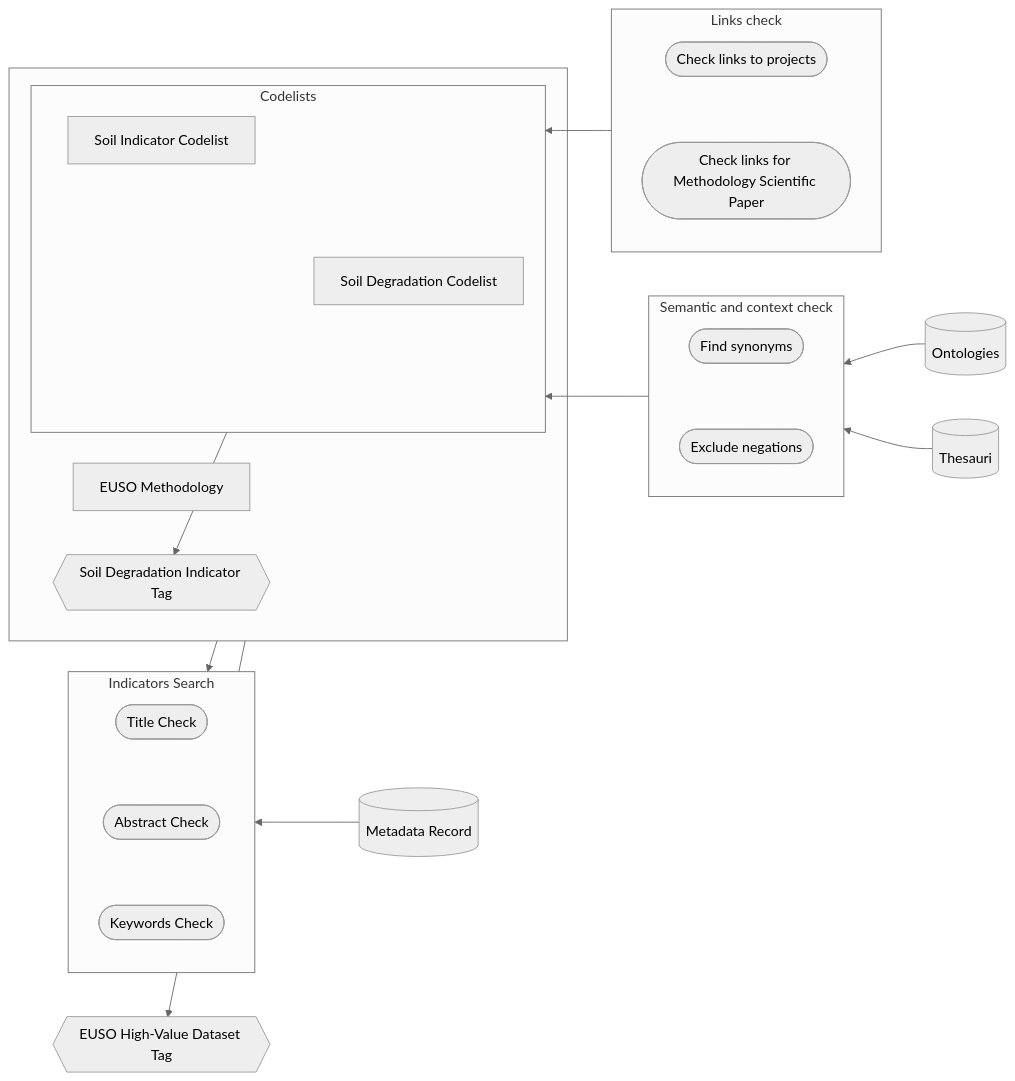
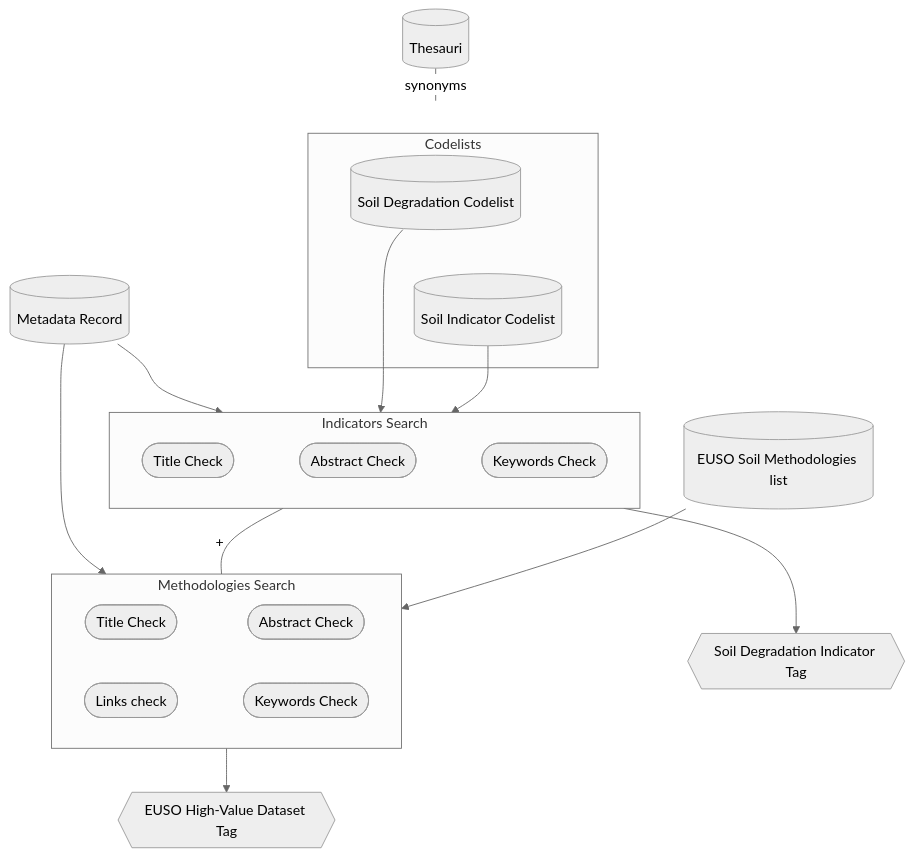
The diagram in tech/docs/technical_components/metadata_augmentation.md (soilwise-he/SoilWise-documentation), drawn with Mermaid (neutral theme) before and after one commit. The commit also changed other lines of this file, not shown here.

Commit message:
EUSO-high value update

````diff
--- a/tech/docs/technical_components/metadata_augmentation.md
+++ b/tech/docs/technical_components/metadata_augmentation.md
@@ -171,27 +171,23 @@
 ``` mermaid
-flowchart RL
+flowchart TD
     subgraph ic[Indicators Search]
         ti([Title Check]) ~~~ ai([Abstract Check])
         ai ~~~ ki([Keywords Check])
     end
-    subgraph kl[Links check]
-        lp([Check links to projects]) ~~~ lm([Check links for Methodology Scientific Paper])
+    subgraph Codelists
+        sd ~~~ si
     end
-    subgraph s[Semantic and context check]
-        kc([Find synonyms]) ~~~ en([Exclude negations])
-    end
-    subgraph i[ ]
-        subgraph Codelists
-            sd[Soil Degradation Codelist] ~~~ si[Soil Indicator Codelist]
-        end
-        sd ~~~ em[EUSO Methodology]
-        Codelists --> es{{Soil Degradation Indicator Tag}}
+    subgraph M[Methodologies Search]
+        tiM([Title Check]) ~~~ aiM([Abstract Check])
+        kl([Links check]) ~~~ kM([Keywords Check])
     end
     m[(Metadata Record)] --> ic
-    i --> ic
-    kl --> Codelists
-    s --> Codelists
-    i --> et{{EUSO High-Value Dataset Tag}}
-    o[(Ontologies)] --> s
-    th[(Thesauri)] --> s
+    m --> M
+    ic-- + ---M
+    sd[(Soil Degradation Codelist)] --> ic
+    si[(Soil Indicator Codelist)] --> ic
+    em[(EUSO Soil Methodologies list)] --> M
+    M --> et{{EUSO High-Value Dataset Tag}}
+    ic --> es{{Soil Degradation Indicator Tag}}
+    th[(Thesauri)]-- synonyms ---Codelists
 ```
````
